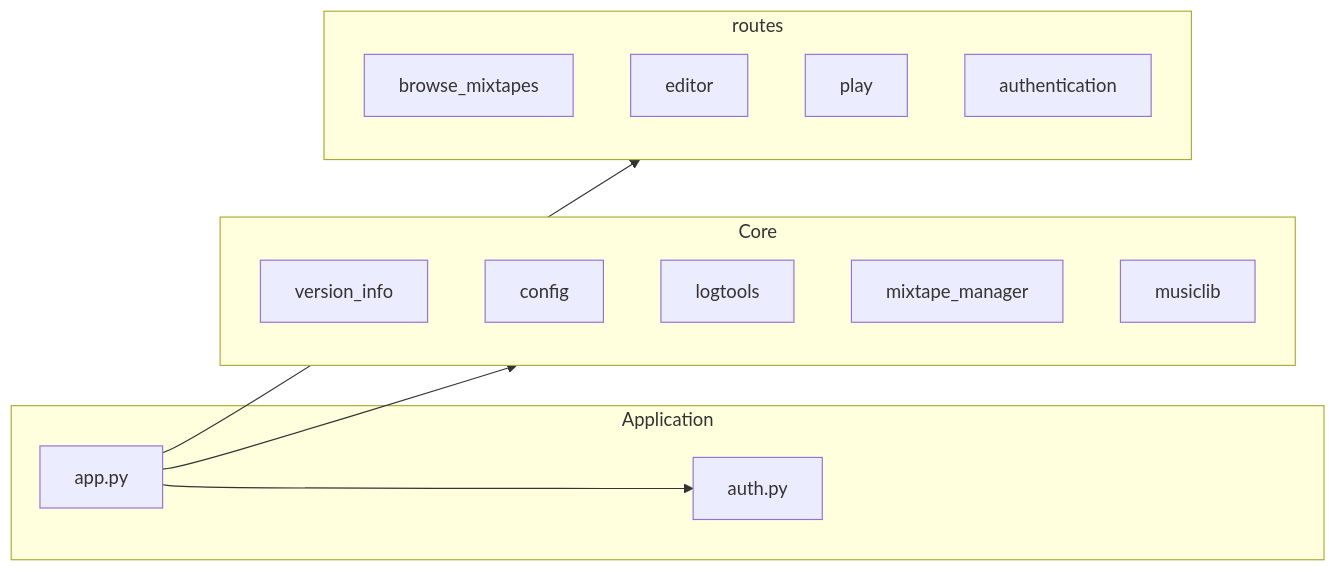
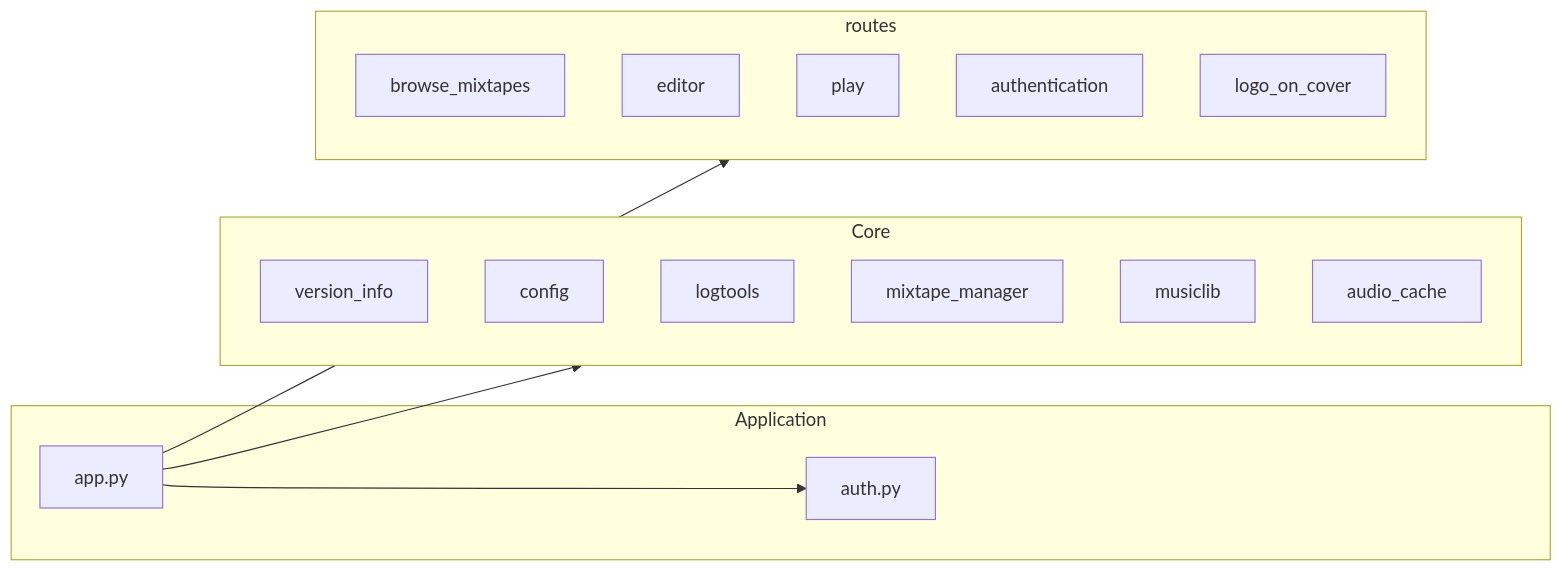
Before and after one commit to mark-me/mixtape-society: the diagram in docs/development/project_modules.md, drawn with Mermaid. The commit also changed other lines of this file and 2 other files, not shown here.

````diff
--- a/docs/development/project_modules.md
+++ b/docs/development/project_modules.md
@@ -43,27 +44,29 @@
 ```mermaid
 graph LR
     subgraph Application
         app.py
         auth.py
     end
 
     subgraph Core
         version_info
         config
         logtools
         mixtape_manager
         musiclib
+        audio_cache
     end
 
     subgraph routes
         browse_mixtapes
         editor
         play
         authentication
+        logo_on_cover
     end
 
     app.py --> routes
     app.py --> auth.py
     app.py --> Core
 
 ```
````
